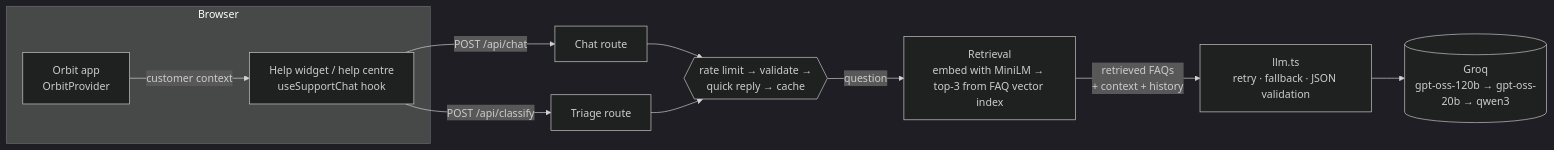
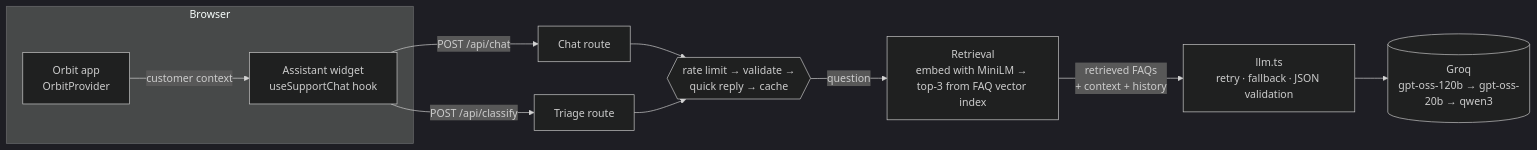
The diagram in README.md (Harshit1862/orbit-ai-support), drawn with Mermaid (dark theme) before and after one commit. The commit also changed other lines of this file and 10 other files, not shown here.

First line of the commit message:
Open the assistant full screen and replace the help centre page

````diff
--- a/README.md
+++ b/README.md
@@ -43,15 +42,15 @@
 ```mermaid
 flowchart LR
     subgraph Browser
-      W[Help widget / help centre<br/>useSupportChat hook]
+      W[Assistant widget<br/>useSupportChat hook]
       A[Orbit app<br/>OrbitProvider]
     end
     A -- customer context --> W
     W -- POST /api/chat --> C[Chat route]
     W -- POST /api/classify --> T[Triage route]
     C --> S{{rate limit → validate →<br/>quick reply → cache}}
     T --> S
     S -- question --> R[Retrieval<br/>embed with MiniLM → top-3 from FAQ vector index]
     R -- retrieved FAQs<br/>+ context + history --> L[llm.ts<br/>retry · fallback · JSON validation]
     L --> G[(Groq<br/>gpt-oss-120b → gpt-oss-20b → qwen3)]
 ```
````
